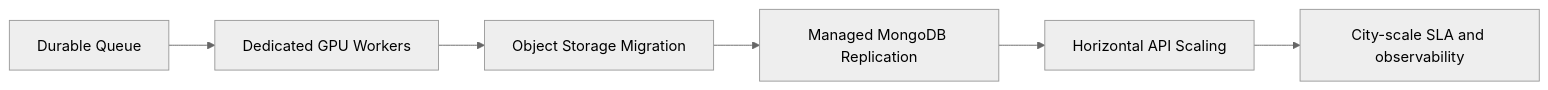
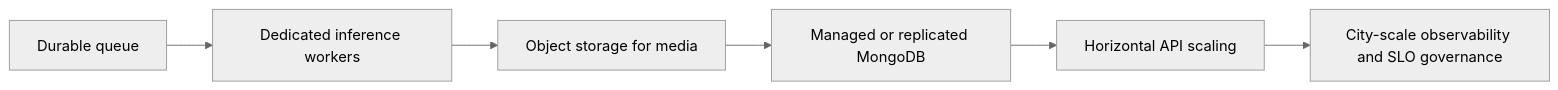
Diagram 15 of 15 in docs/reports/PROJECT_REPORT.md (ark5234/Jan-Sunwai-AI), drawn with Mermaid (neutral theme) before and after one commit. The commit also changed other lines of this file, not shown here.

Commit message:
docs: restructure PROJECT_REPORT.md for clarity and detail; enhance sections on problem statement, objectives, and system architecture

````diff
--- a/docs/reports/PROJECT_REPORT.md
+++ b/docs/reports/PROJECT_REPORT.md
@@ -304,8 +463,8 @@
 ```mermaid
 flowchart LR
-    A[Durable Queue] --> B[Dedicated GPU Workers]
-    B --> C[Object Storage Migration]
-    C --> D[Managed MongoDB Replication]
-    D --> E[Horizontal API Scaling]
-    E --> F[City-scale SLA and observability]
+    R1[Durable queue] --> R2[Dedicated inference workers]
+    R2 --> R3[Object storage for media]
+    R3 --> R4[Managed or replicated MongoDB]
+    R4 --> R5[Horizontal API scaling]
+    R5 --> R6[City-scale observability and SLO governance]
 ```
````
